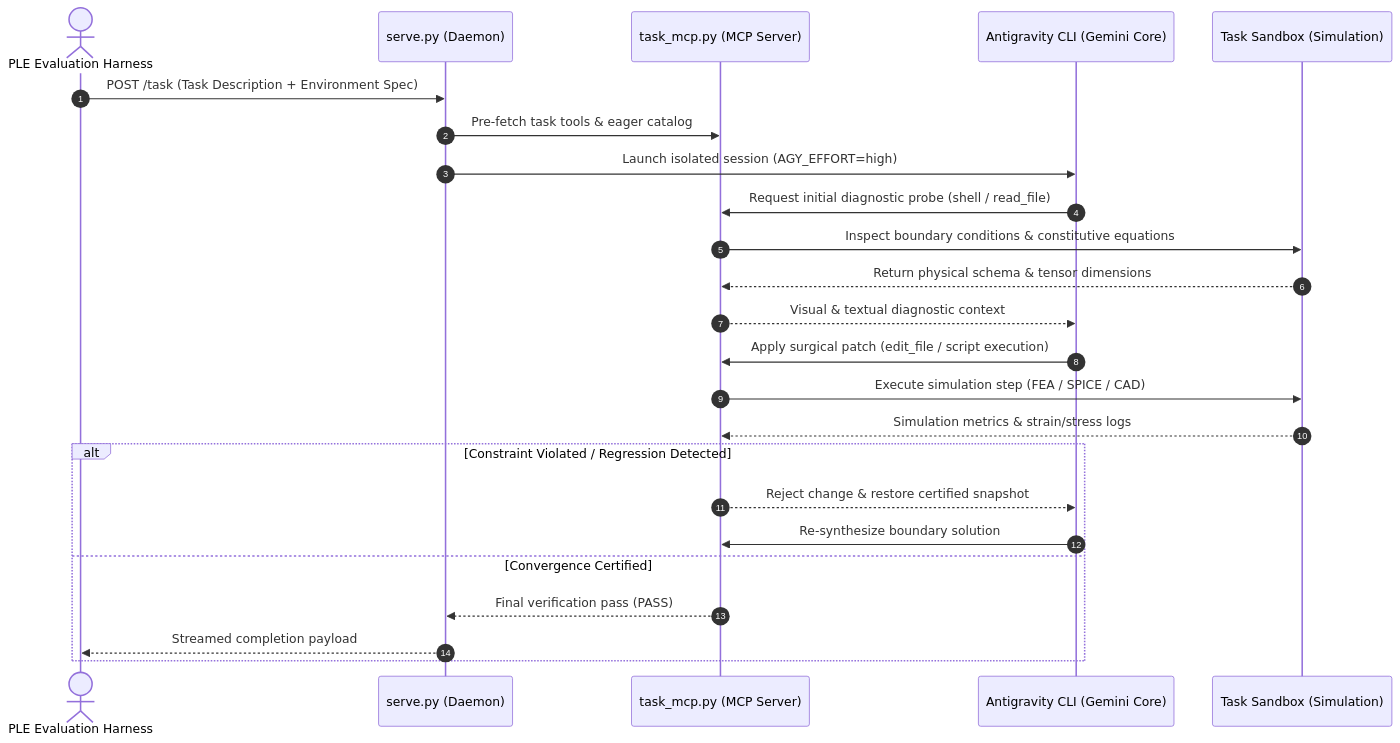
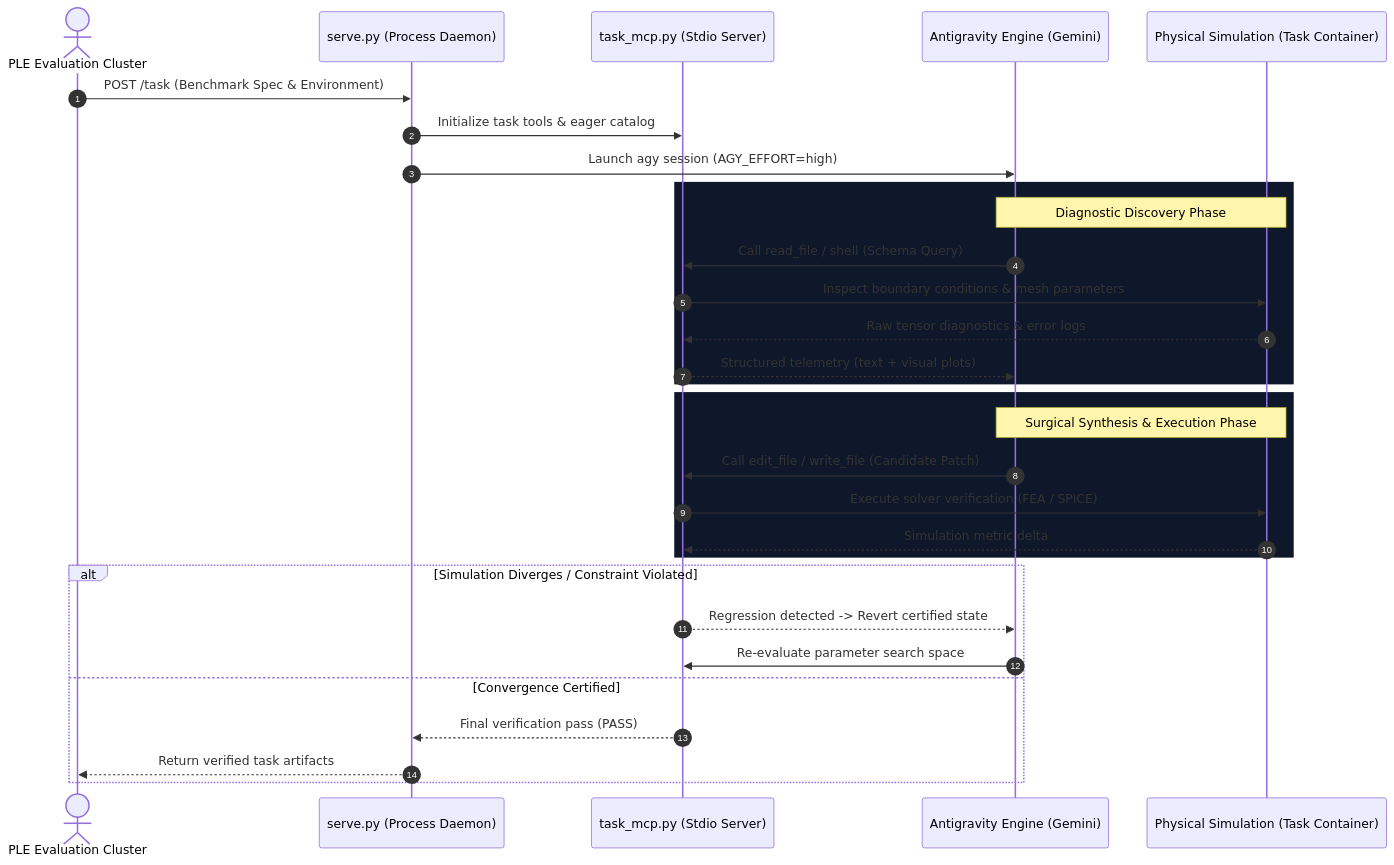
Before and after one commit to givemehat/ple-harness: the second of 2 diagrams in README.md, drawn with Mermaid. The commit also changed other lines of this file and 2 other files, not shown here.

Commit message:
docs(readme): polish architecture visuals, hero banner, sequence diagrams, and quantitative matrix

````diff
--- a/README.md
+++ b/README.md
@@ -60,27 +90,36 @@
 ```mermaid
 sequenceDiagram
     autonumber
-    actor Judge as PLE Evaluation Harness
-    participant S as serve.py (Daemon)
-    participant M as task_mcp.py (MCP Server)
-    participant A as Antigravity CLI (Gemini Core)
-    participant T as Task Sandbox (Simulation)
+    actor Bench as PLE Evaluation Cluster
+    participant Daemon as serve.py (Process Daemon)
+    participant MCP as task_mcp.py (Stdio Server)
+    participant Core as Antigravity Engine (Gemini)
+    participant Sim as Physical Simulation (Task Container)
 
-    Judge->>S: POST /task (Task Description + Environment Spec)
-    S->>M: Pre-fetch task tools & eager catalog
-    S->>A: Launch isolated session (AGY_EFFORT=high)
-    A->>M: Request initial diagnostic probe (shell / read_file)
-    M->>T: Inspect boundary conditions & constitutive equations
-    T-->>M: Return physical schema & tensor dimensions
-    M-->>A: Visual & textual diagnostic context
-    A->>M: Apply surgical patch (edit_file / script execution)
-    M->>T: Execute simulation step (FEA / SPICE / CAD)
-    T-->>M: Simulation metrics & strain/stress logs
-    alt Constraint Violated / Regression Detected
-        M-->>A: Reject change & restore certified snapshot
-        A->>M: Re-synthesize boundary solution
+    Bench->>Daemon: POST /task (Benchmark Spec & Environment)
+    Daemon->>MCP: Initialize task tools & eager catalog
+    Daemon->>Core: Launch agy session (AGY_EFFORT=high)
+    
+    rect rgb(15, 23, 42)
+        Note over Core,Sim: Diagnostic Discovery Phase
+        Core->>MCP: Call read_file / shell (Schema Query)
+        MCP->>Sim: Inspect boundary conditions & mesh parameters
+        Sim-->>MCP: Raw tensor diagnostics & error logs
+        MCP-->>Core: Structured telemetry (text + visual plots)
+    end
+
+    rect rgb(15, 23, 42)
+        Note over Core,Sim: Surgical Synthesis & Execution Phase
+        Core->>MCP: Call edit_file / write_file (Candidate Patch)
+        MCP->>Sim: Execute solver verification (FEA / SPICE)
+        Sim-->>MCP: Simulation metric delta
+    end
+
+    alt Simulation Diverges / Constraint Violated
+        MCP-->>Core: Regression detected -> Revert certified state
+        Core->>MCP: Re-evaluate parameter search space
     else Convergence Certified
-        M-->>S: Final verification pass (PASS)
-        S-->>Judge: Streamed completion payload
+        MCP-->>Daemon: Final verification pass (PASS)
+        Daemon-->>Bench: Return verified task artifacts
     end
 ```
````
